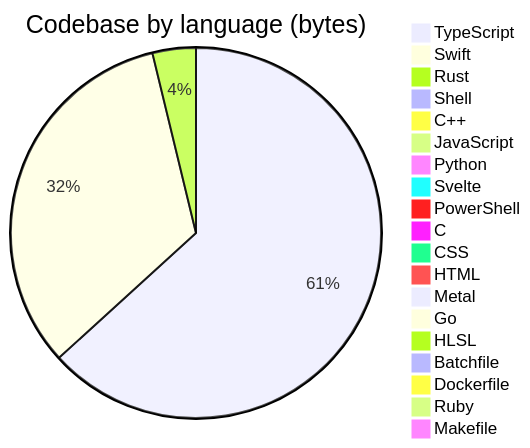
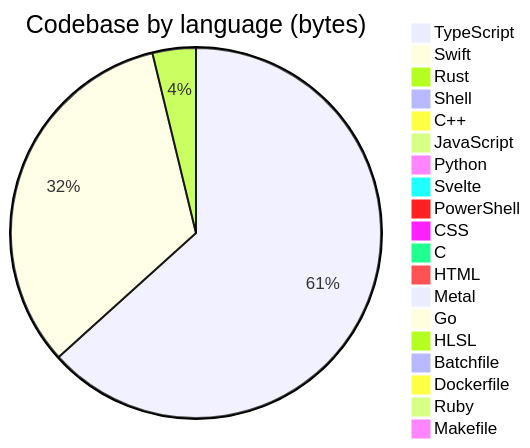
Before and after one commit to Open330/.github: the diagram in profile/README.md, drawn with Mermaid. The commit also changed other lines of this file, not shown here.

````diff
--- a/profile/README.md
+++ b/profile/README.md
@@ -131,22 +131,22 @@
 ```mermaid
 pie title Codebase by language (bytes)
-    "TypeScript" : 34372299
+    "TypeScript" : 34474664
     "Swift" : 17922868
-    "Rust" : 2055976
-    "Shell" : 479227
+    "Rust" : 2059954
+    "Shell" : 480571
     "C++" : 388775
-    "JavaScript" : 317974
+    "JavaScript" : 326167
     "Python" : 300772
     "Svelte" : 143451
     "PowerShell" : 128198
+    "CSS" : 127439
     "C" : 114143
-    "CSS" : 107047
     "HTML" : 44303
     "Metal" : 33033
     "Go" : 22811
     "HLSL" : 7527
     "Batchfile" : 5870
     "Dockerfile" : 4893
     "Ruby" : 1554
     "Makefile" : 1150
 ```
````
